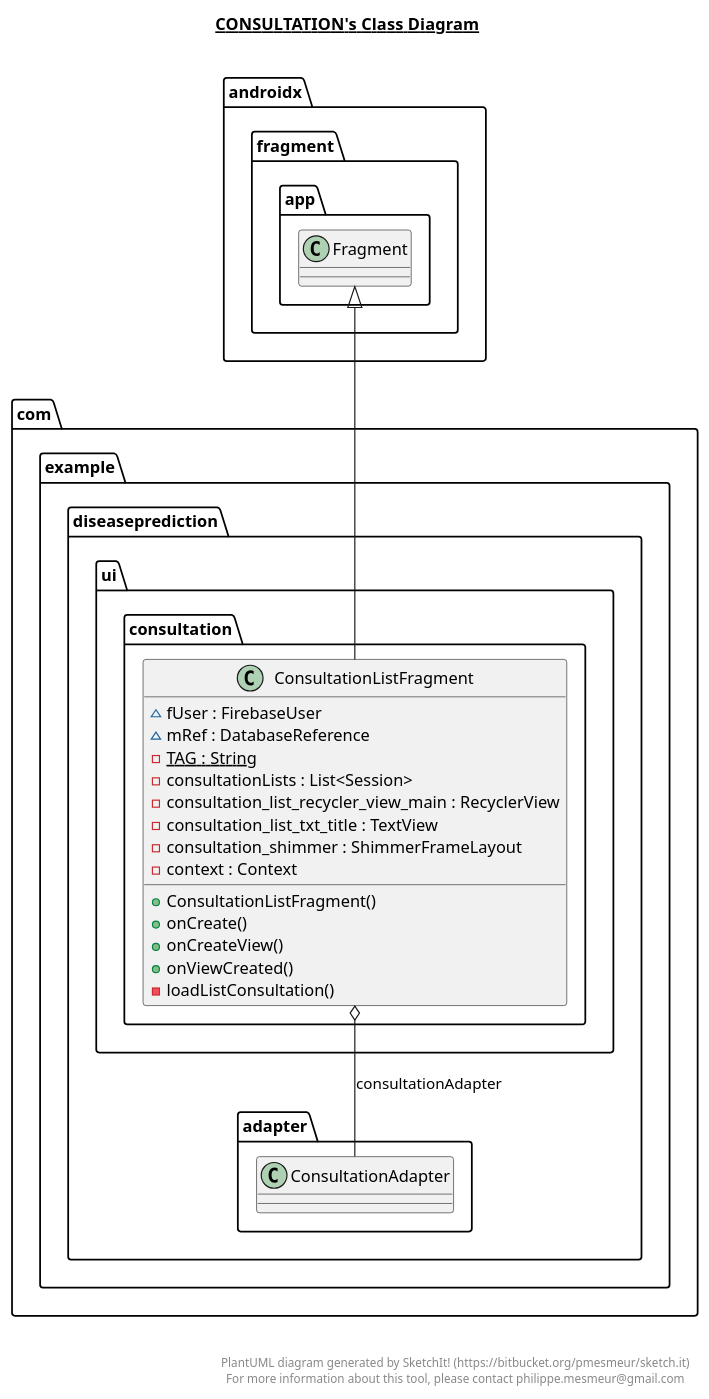
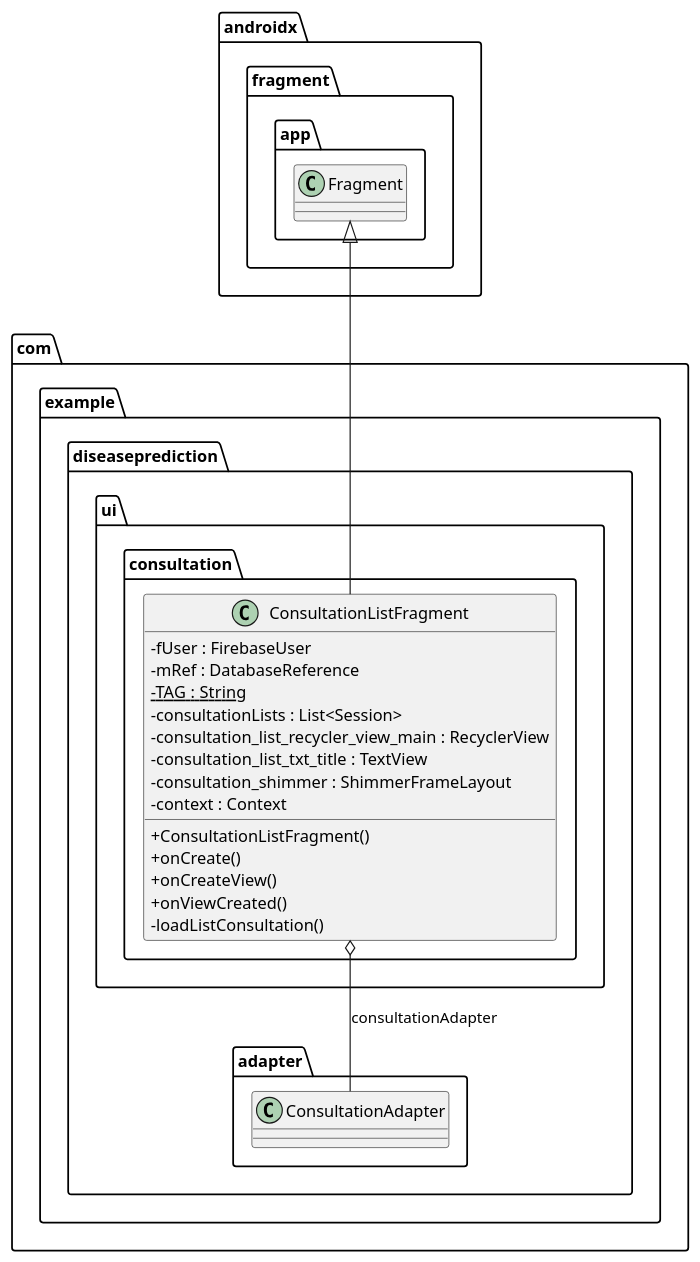
The diagram in app/src/main/java/com/example/diseaseprediction/diagram/consultation.plantuml (unrickq/Disease_prediction), drawn with PlantUML before and after one commit. The commit also changed 14 other files, not shown here.

```diff
--- a/app/src/main/java/com/example/diseaseprediction/diagram/consultation.plantuml
+++ b/app/src/main/java/com/example/diseaseprediction/diagram/consultation.plantuml
@@ -1,37 +1,30 @@
 @startuml
-
-title __CONSULTATION's Class Diagram__\n
 
   namespace com.example.diseaseprediction {
     namespace ui.consultation {
+    skinparam classAttributeIconSize 0
       class com.example.diseaseprediction.ui.consultation.ConsultationListFragment {
-          ~ fUser : FirebaseUser
-          ~ mRef : DatabaseReference
+          - fUser : FirebaseUser
+          - mRef : DatabaseReference
           {static} - TAG : String
           - consultationLists : List<Session>
           - consultation_list_recycler_view_main : RecyclerView
           - consultation_list_txt_title : TextView
           - consultation_shimmer : ShimmerFrameLayout
           - context : Context
           + ConsultationListFragment()
           + onCreate()
           + onCreateView()
           + onViewCreated()
           - loadListConsultation()
       }
     }
   }
   
 
   com.example.diseaseprediction.ui.consultation.ConsultationListFragment -up-|> androidx.fragment.app.Fragment
   com.example.diseaseprediction.ui.consultation.ConsultationListFragment o-- com.example.diseaseprediction.adapter.ConsultationAdapter : consultationAdapter
 
 
-right footer
-
-
-PlantUML diagram generated by SketchIt! (https://bitbucket.org/pmesmeur/sketch.it)
-For more information about this tool, please contact philippe.mesmeur@gmail.com
-endfooter
 
 @enduml
```
